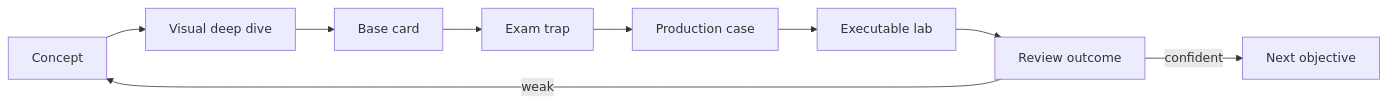
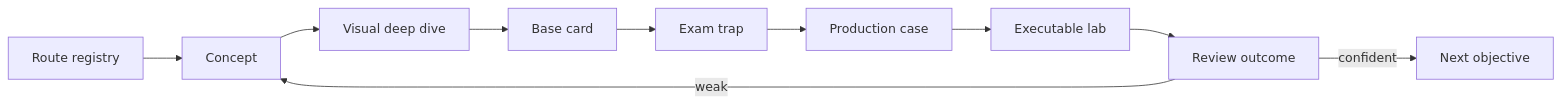
One commit to alimbetov/obsidian changed the diagram in 30_CERTIFICATIONS/Certification MOC.md. Above: the diagram before and after it, drawn with Mermaid. The commit also changed other lines of this file, not shown here.

Commit message:
docs: link certification MOC to route registry

````diff
--- a/30_CERTIFICATIONS/Certification MOC.md
+++ b/30_CERTIFICATIONS/Certification MOC.md
@@ -15,11 +22,12 @@
 ```mermaid
 flowchart LR
-    C["Concept"] --> V["Visual deep dive"]
+    R["Route registry"] --> C["Concept"]
+    C --> V["Visual deep dive"]
     V --> Q["Base card"]
     Q --> T["Exam trap"]
     T --> P["Production case"]
     P --> L["Executable lab"]
-    L --> R["Review outcome"]
-    R -->|"weak"| C
-    R -->|"confident"| N["Next objective"]
+    L --> O["Review outcome"]
+    O -->|"weak"| C
+    O -->|"confident"| N["Next objective"]
 ```
````
